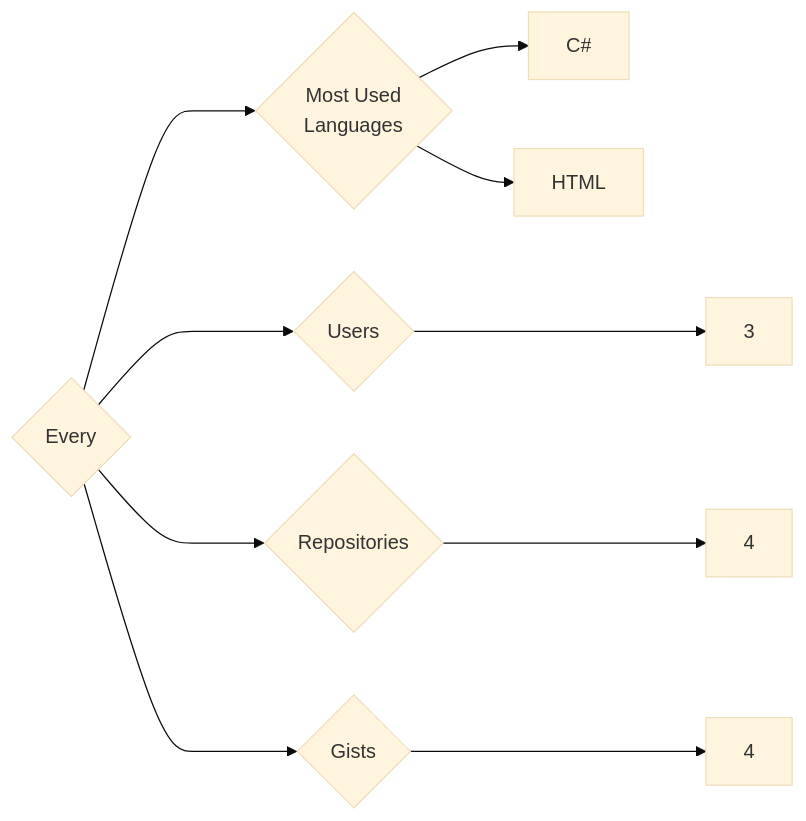
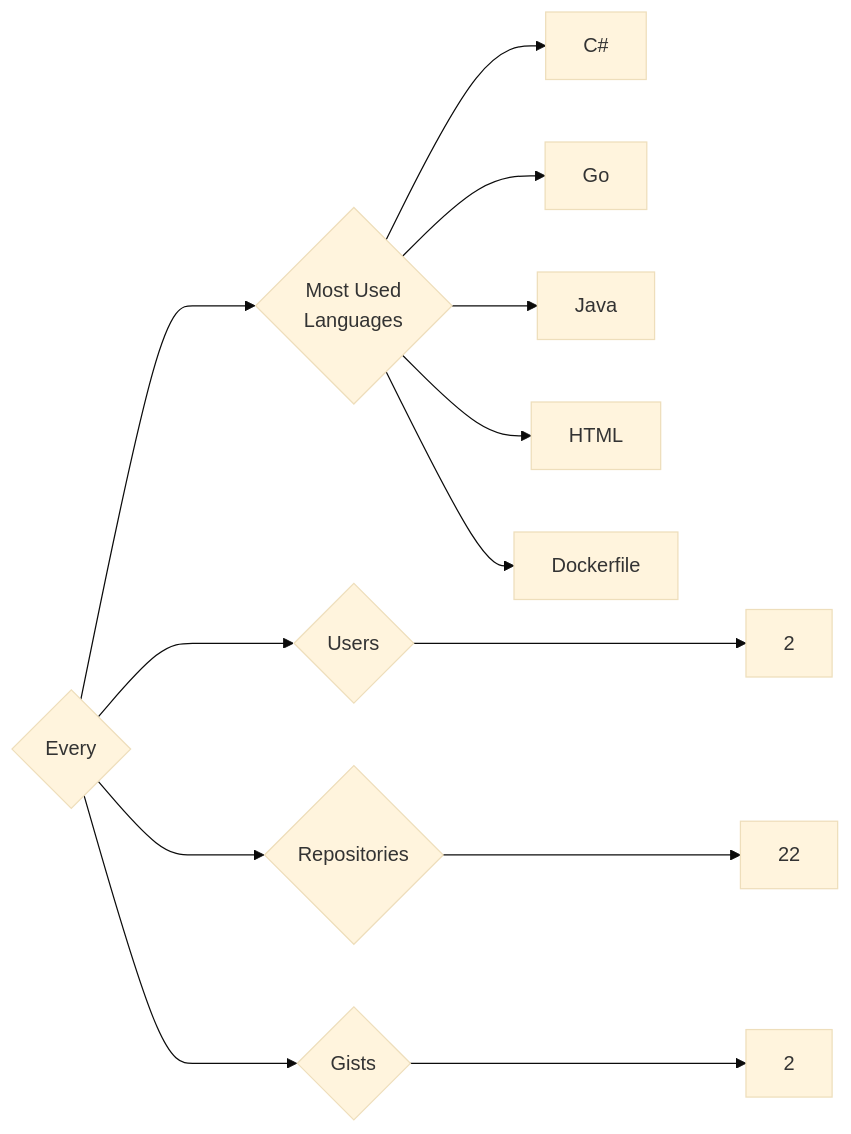
The diagram in targets/Every/README.md (trickest/insiders), drawn with Mermaid (base theme) before and after one commit. The commit also changed 1167 other files, not shown here.

````diff
--- a/targets/Every/README.md
+++ b/targets/Every/README.md
@@ -3,10 +3,13 @@
 ```mermaid
 graph LR
 COMPANY_NAME{Every}
-COMPANY_NAME ---> U{Users} ---> UN[3]
-COMPANY_NAME ---> R{Repositories} ---> RN[4]
-COMPANY_NAME ---> G{Gists} ---> GN[4]
+COMPANY_NAME ---> U{Users} ---> UN[2]
+COMPANY_NAME ---> R{Repositories} ---> RN[22]
+COMPANY_NAME ---> G{Gists} ---> GN[2]
 COMPANY_NAME ---> ML{Most Used<br>Languages}
 ML --> C#[C#]
+ML --> Go[Go]
+ML --> Java[Java]
 ML --> HTML[HTML]
+ML --> Dockerfile[Dockerfile]
 ```
````
